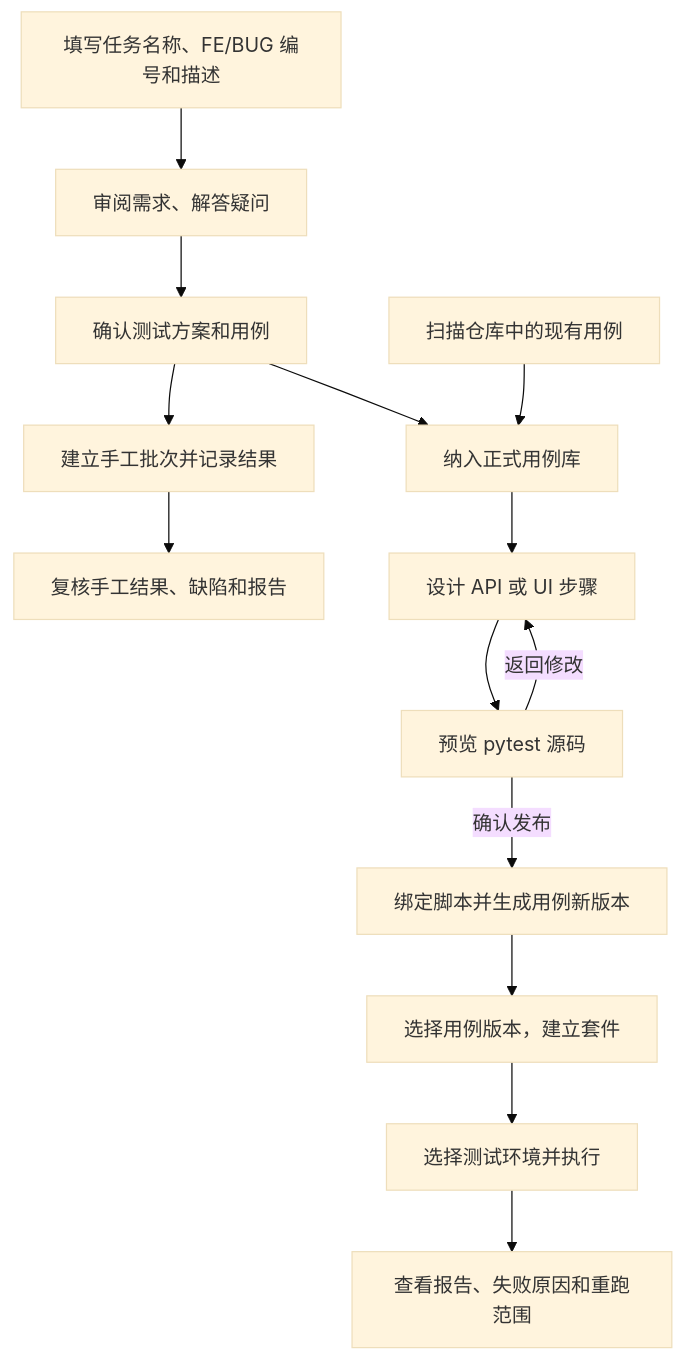
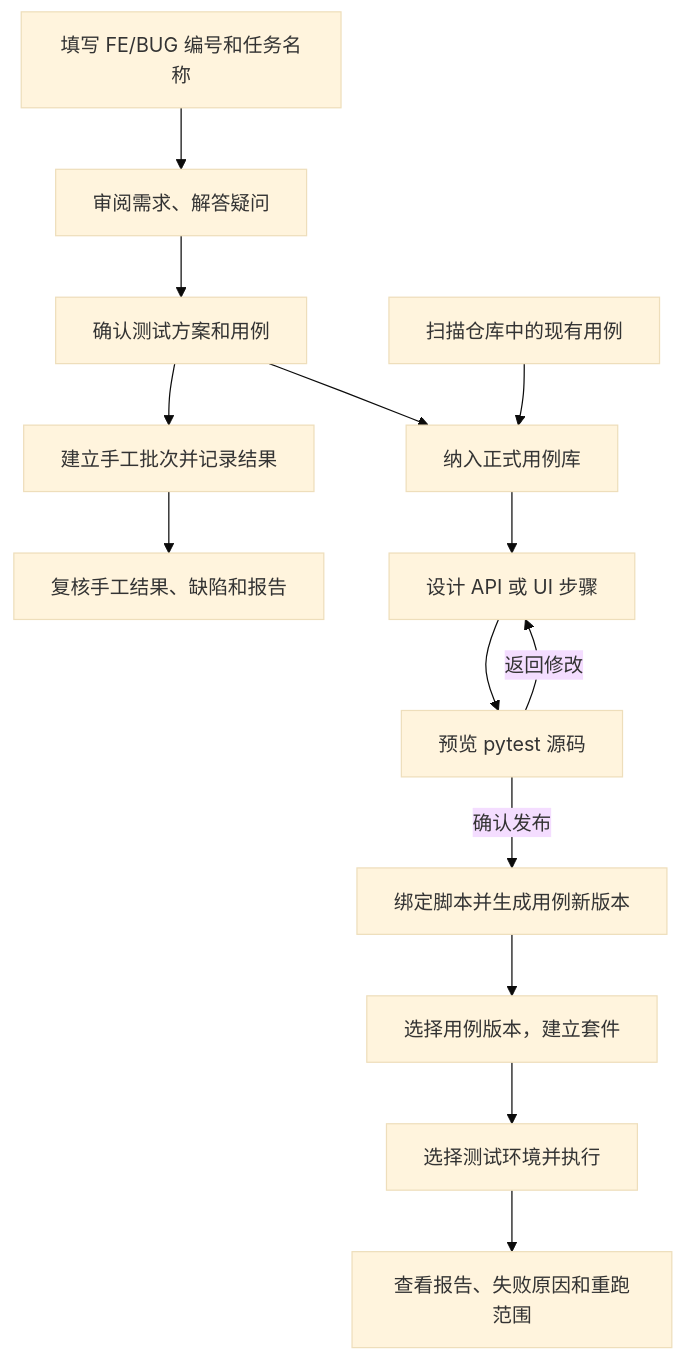
Before and after one commit to c903648678-sys/healthmanager-autotest: the first of 2 diagrams in README.md, drawn with Mermaid (base theme). The commit also changed other lines of this file and 2 other files, not shown here.

````diff
--- a/README.md
+++ b/README.md
@@ -28,16 +28,16 @@
 ```mermaid
 flowchart TD
-    A["填写任务名称、FE/BUG 编号和描述"] --> B["审阅需求、解答疑问"]
+    A["填写 FE/BUG 编号和任务名称"] --> B["审阅需求、解答疑问"]
     B --> C["确认测试方案和用例"]
     C --> M["建立手工批次并记录结果"]
     C --> D["纳入正式用例库"]
     E["扫描仓库中的现有用例"] --> D
     D --> F["设计 API 或 UI 步骤"]
     F --> G["预览 pytest 源码"]
     G -->|返回修改| F
     G -->|确认发布| H["绑定脚本并生成用例新版本"]
     H --> I["选择用例版本，建立套件"]
     I --> J["选择测试环境并执行"]
     J --> K["查看报告、失败原因和重跑范围"]
     M --> L["复核手工结果、缺陷和报告"]
 ```
````
